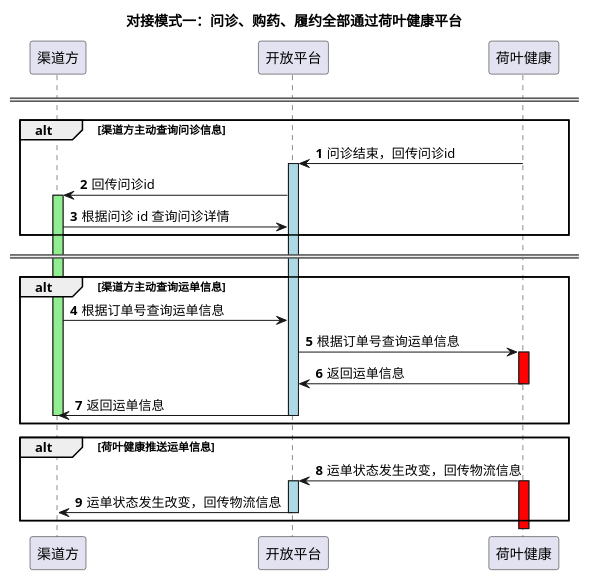
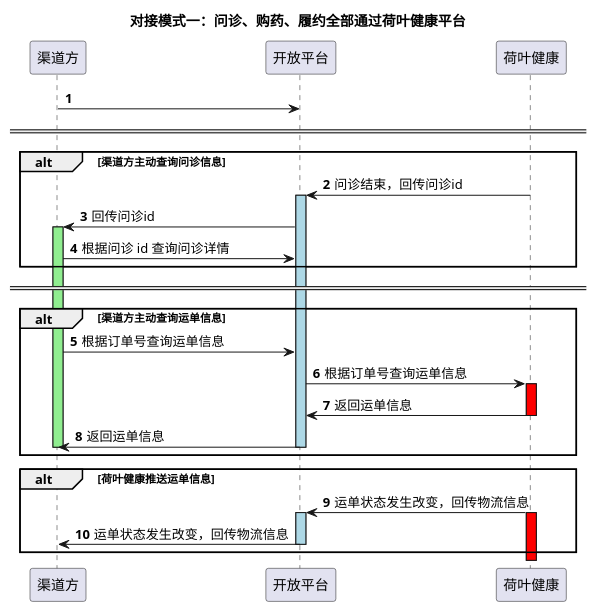
The diagram in workutil/worktest/src/main/java/com/anzhi/worktest/plantuml/heyeOpenApiPlatform-inquiryMedicineLogistics.puml (sunyue0315/Java_Record), drawn with PlantUML before and after one commit. The commit also changed 5 other files, not shown here.

```diff
--- a/workutil/worktest/src/main/java/com/anzhi/worktest/plantuml/heyeOpenApiPlatform-inquiryMedicineLogistics.puml
+++ b/workutil/worktest/src/main/java/com/anzhi/worktest/plantuml/heyeOpenApiPlatform-inquiryMedicineLogistics.puml
@@ -1,39 +1,40 @@
 @startuml
 title 对接模式一：问诊、购药、履约全部通过荷叶健康平台
 autonumber
 participant "渠道方" as channel
 participant "开放平台" as openApi
 participant "荷叶健康" as heye
 
+channel -> openApi :
 
 
 ====
 alt 渠道方主动查询问诊信息
 heye -> openApi : 问诊结束，回传问诊id
 activate openApi #lightBlue
     openApi -> channel : 回传问诊id
     activate channel #lightGreen
         channel -> openApi: 根据问诊 id 查询问诊详情
 end
 ====
 alt 渠道方主动查询运单信息
 channel -> openApi: 根据订单号查询运单信息
 openApi -> heye : 根据订单号查询运单信息
 activate heye #red
     heye -> openApi: 返回运单信息
 deactivate heye
 openApi -> channel: 返回运单信息
 deactivate openApi
 deactivate channel
 end
 
 alt 荷叶健康推送运单信息
 heye -> openApi: 运单状态发生改变，回传物流信息
 activate heye #red
 activate openApi #lightBlue
     openApi -> channel: 运单状态发生改变，回传物流信息
 deactivate openApi
 
 
 end
 @enduml
```
